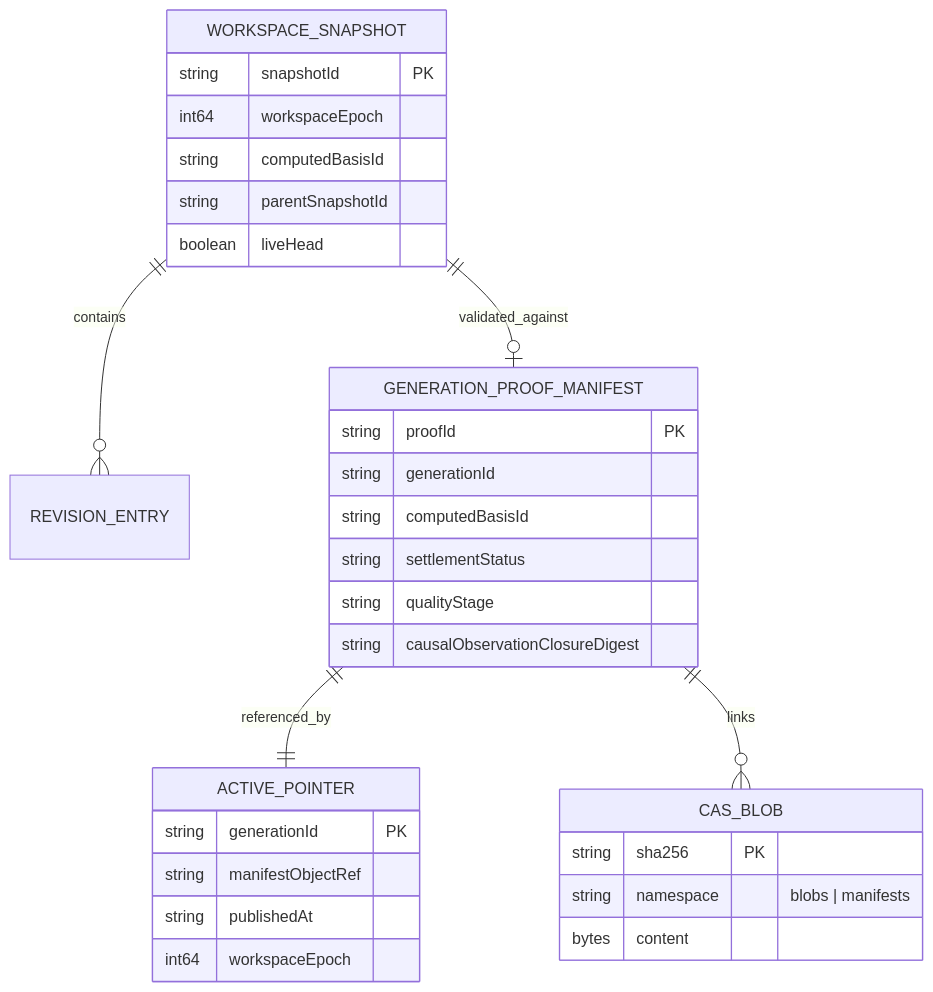
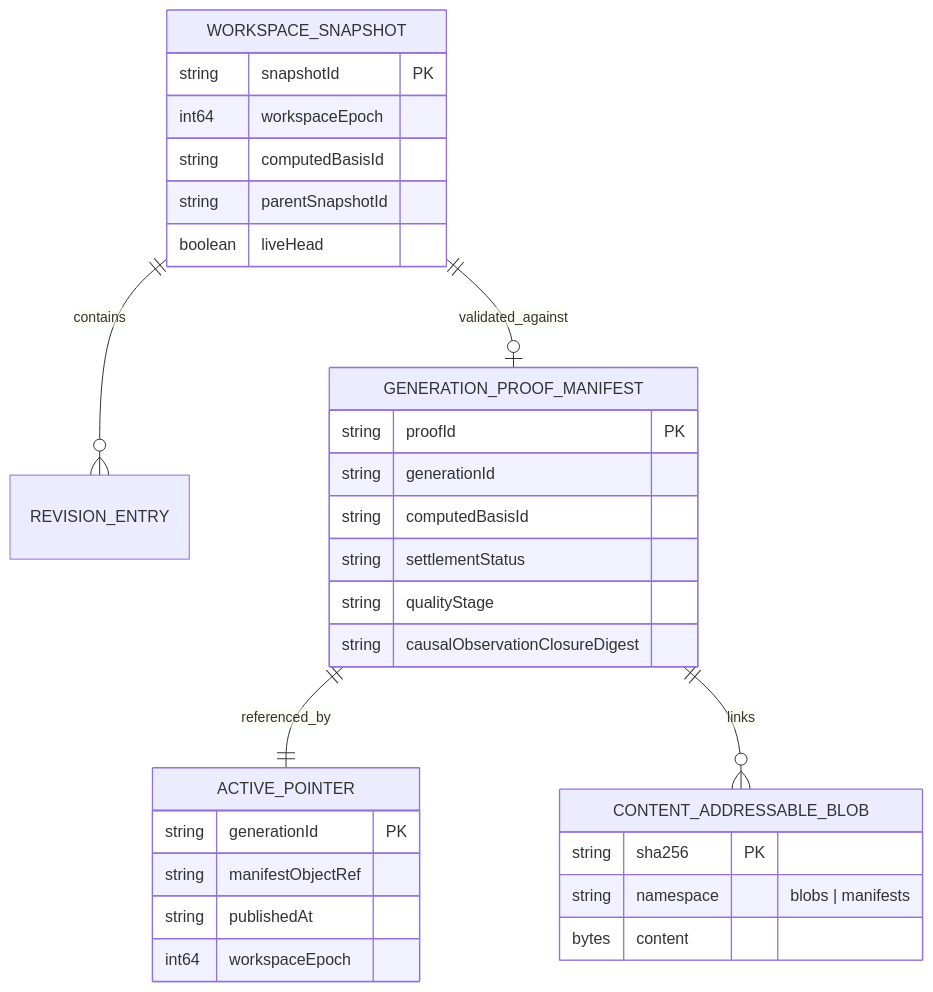
Before and after one commit to cutehackers/codeflow: the third of 4 diagrams in docs/architecture/architecture.md, drawn with Mermaid. The commit also changed other lines of this file and 199 other files, not shown here.

````diff
--- a/docs/architecture/architecture.md
+++ b/docs/architecture/architecture.md
@@ -260,37 +260,37 @@
 ```mermaid
 erDiagram
     WORKSPACE_SNAPSHOT ||--o{ REVISION_ENTRY : contains
     WORKSPACE_SNAPSHOT ||--o| GENERATION_PROOF_MANIFEST : validated_against
     GENERATION_PROOF_MANIFEST ||--|| ACTIVE_POINTER : referenced_by
-    GENERATION_PROOF_MANIFEST ||--o{ CAS_BLOB : links
+    GENERATION_PROOF_MANIFEST ||--o{ CONTENT_ADDRESSABLE_BLOB : links
     
     WORKSPACE_SNAPSHOT {
         string snapshotId PK
         int64 workspaceEpoch
         string computedBasisId
         string parentSnapshotId
         boolean liveHead
     }
 
     GENERATION_PROOF_MANIFEST {
         string proofId PK
         string generationId
         string computedBasisId
         string settlementStatus
         string qualityStage
         string causalObservationClosureDigest
     }
 
     ACTIVE_POINTER {
         string generationId PK
         string manifestObjectRef
         string publishedAt
         int64 workspaceEpoch
     }
 
-    CAS_BLOB {
+    CONTENT_ADDRESSABLE_BLOB {
         string sha256 PK
         string namespace "blobs | manifests"
         bytes content
     }
 ```
````
